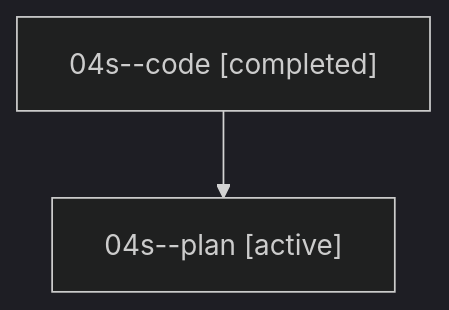
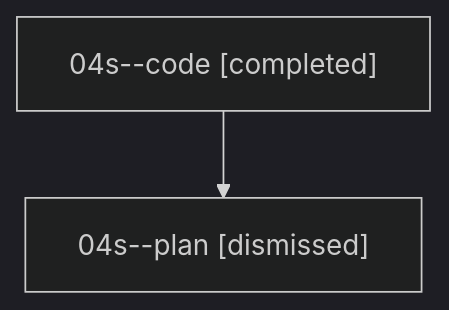
One commit to bobs-org/bob-cli--agents changed the diagram in sessions/bbugyi200.athena.04s.md. Above: the diagram before and after it, drawn with Mermaid (dark theme). The commit also changed other lines of this file and 25 other files, not shown here.

````diff
--- a/sessions/bbugyi200.athena.04s.md
+++ b/sessions/bbugyi200.athena.04s.md
@@ -9,6 +9,6 @@
 ```mermaid
 flowchart TD
   n0["04s--code [completed]"]
-  n1["04s--plan [active]"]
+  n1["04s--plan [dismissed]"]
   n0 --> n1
 ```
````
